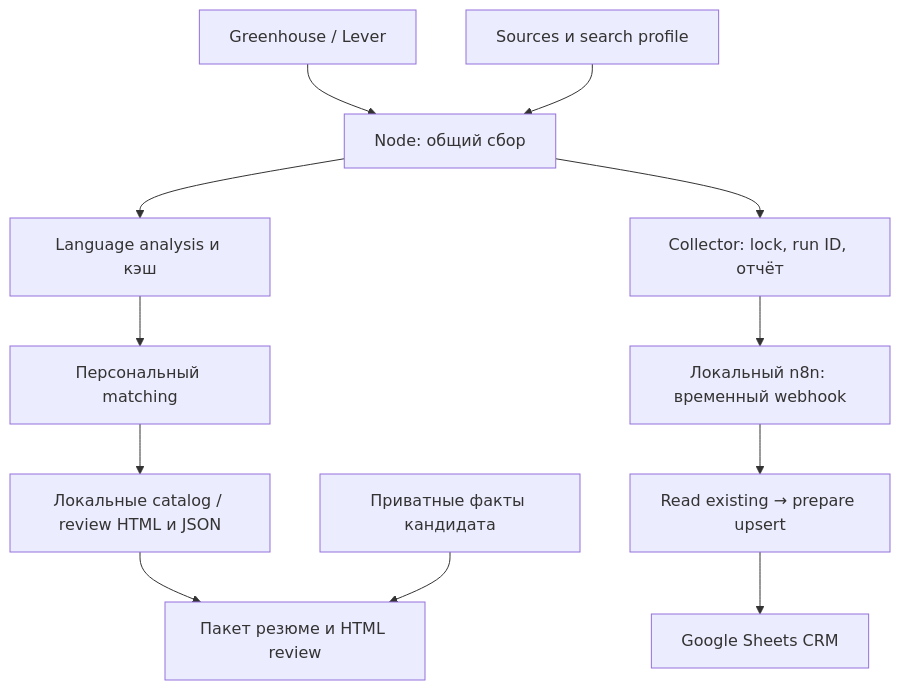
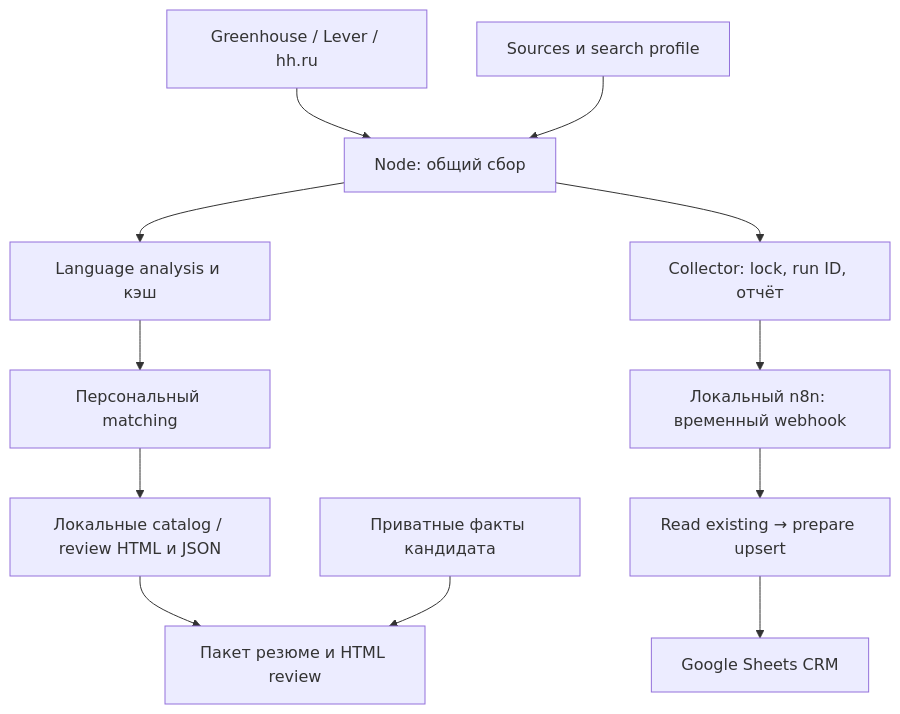
The diagram in docs/architecture/current.md (shakirov611-tech/jobradar), drawn with Mermaid before and after one commit. The commit also changed other lines of this file and 24 other files, not shown here.

````diff
--- a/docs/architecture/current.md
+++ b/docs/architecture/current.md
@@ -7,14 +7,14 @@
 ```mermaid
 flowchart TD
-  ATS["Greenhouse / Lever"] --> Sources["Node: общий сбор"]
+  ATS["Greenhouse / Lever / hh.ru"] --> Sources["Node: общий сбор"]
   Config["Sources и search profile"] --> Sources
   Sources --> Language["Language analysis и кэш"]
   Language --> Match["Персональный matching"]
   Match --> Preview["Локальные catalog / review HTML и JSON"]
   Sources --> Runner["Collector: lock, run ID, отчёт"]
   Runner --> Webhook["Локальный n8n: временный webhook"]
   Webhook --> Upsert["Read existing → prepare upsert"]
   Upsert --> Sheets["Google Sheets CRM"]
   Preview --> Resume["Пакет резюме и HTML review"]
   Facts["Приватные факты кандидата"] --> Resume
 ```
````
